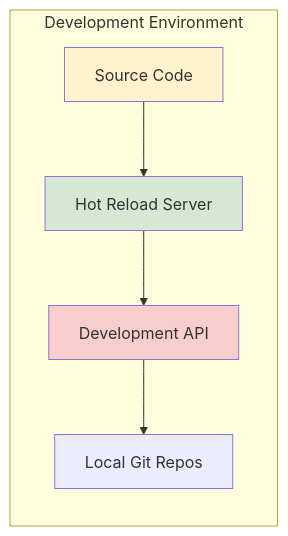
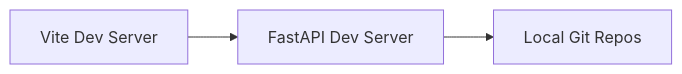
Before and after one commit to boost-edu-tools/gitinspectorgui: the third of 4 diagrams in docs/architecture/overview.md, drawn with Mermaid. The commit also changed other lines of this file and 11 other files, not shown here.

````diff
--- a/docs/architecture/overview.md
+++ b/docs/architecture/overview.md
@@ -241,17 +108,5 @@
 ```mermaid
 graph LR
-    subgraph "Development Environment"
-        A[Source Code]
-        B[Hot Reload Server]
-        C[Development API]
-        D[Local Git Repos]
-    end
-
-    A --> B
-    B --> C
-    C --> D
-
-    style A fill:#fff2cc
-    style B fill:#d5e8d4
-    style C fill:#f8cecc
+    A[Vite Dev Server] --> B[FastAPI Dev Server]
+    B --> C[Local Git Repos]
 ```
````
